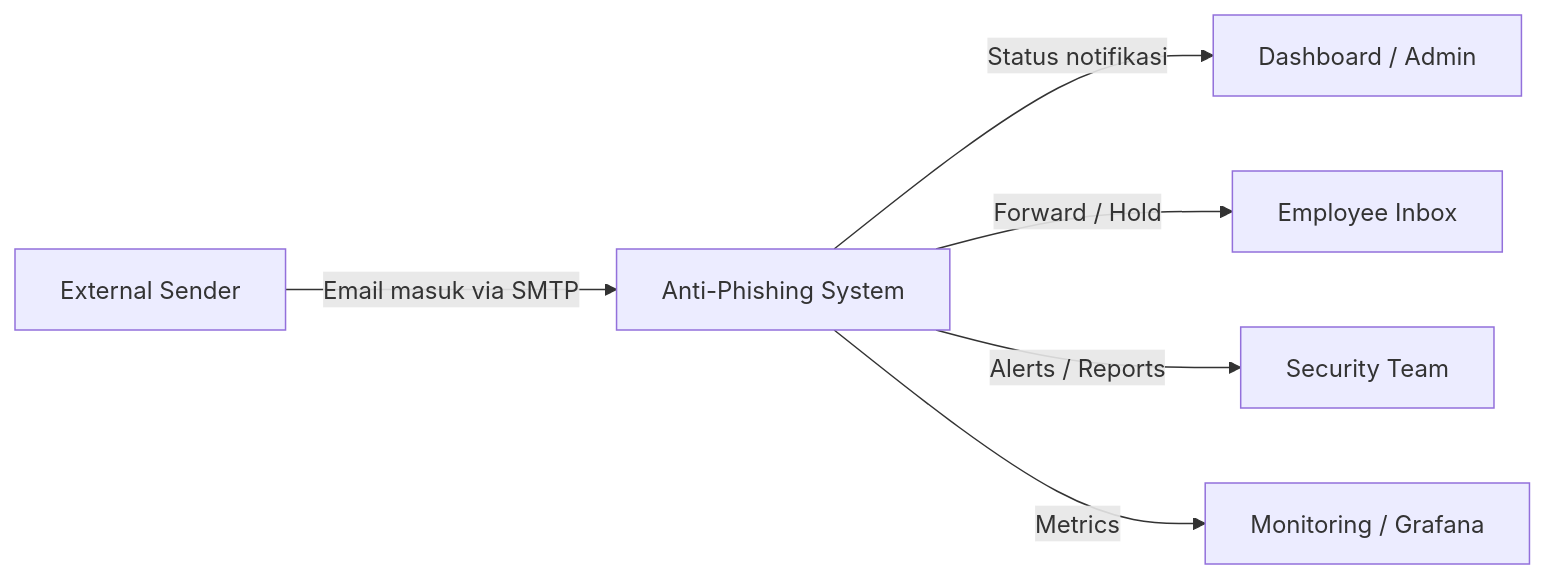
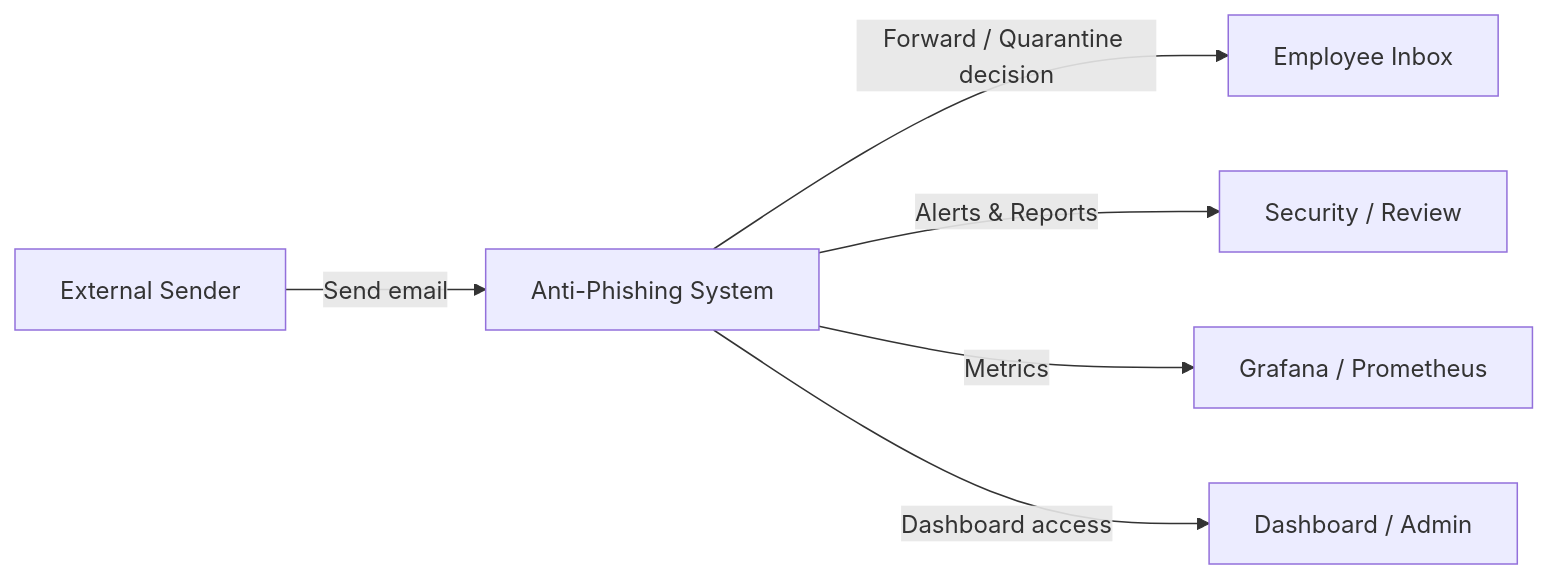
The second of 5 diagrams in DATABASE_AND_PROCESS_FLOWS.md (wi5nuu/ML-Powered-Anti-Phishing-and-Spam-Filtering), drawn with Mermaid before and after one commit. The commit also changed other lines of this file, not shown here.

Commit message:
Refine database/process flow documentation and complete ERD/DFD details

````diff
--- a/DATABASE_AND_PROCESS_FLOWS.md
+++ b/DATABASE_AND_PROCESS_FLOWS.md
@@ -147,8 +188,8 @@
 ```mermaid
 flowchart LR
-    ExternalSender[External Sender] -->|Email masuk via SMTP| System[Anti-Phishing System]
-    System -->|Status notifikasi| Dashboard[Dashboard / Admin]
-    System -->|Forward / Hold| Recipient[Employee Inbox]
-    System -->|Alerts / Reports| SecurityTeam[Security Team]
-    System -->|Metrics| Monitoring[Monitoring / Grafana]
+    ExternalSender[External Sender] -->|Send email| SMTPSystem[Anti-Phishing System]
+    SMTPSystem -->|Forward / Quarantine decision| EmployeeInbox[Employee Inbox]
+    SMTPSystem -->|Alerts & Reports| SecurityTeam[Security / Review]
+    SMTPSystem -->|Metrics| Monitoring[Grafana / Prometheus]
+    SMTPSystem -->|Dashboard access| Admin[Dashboard / Admin]
 ```
````
